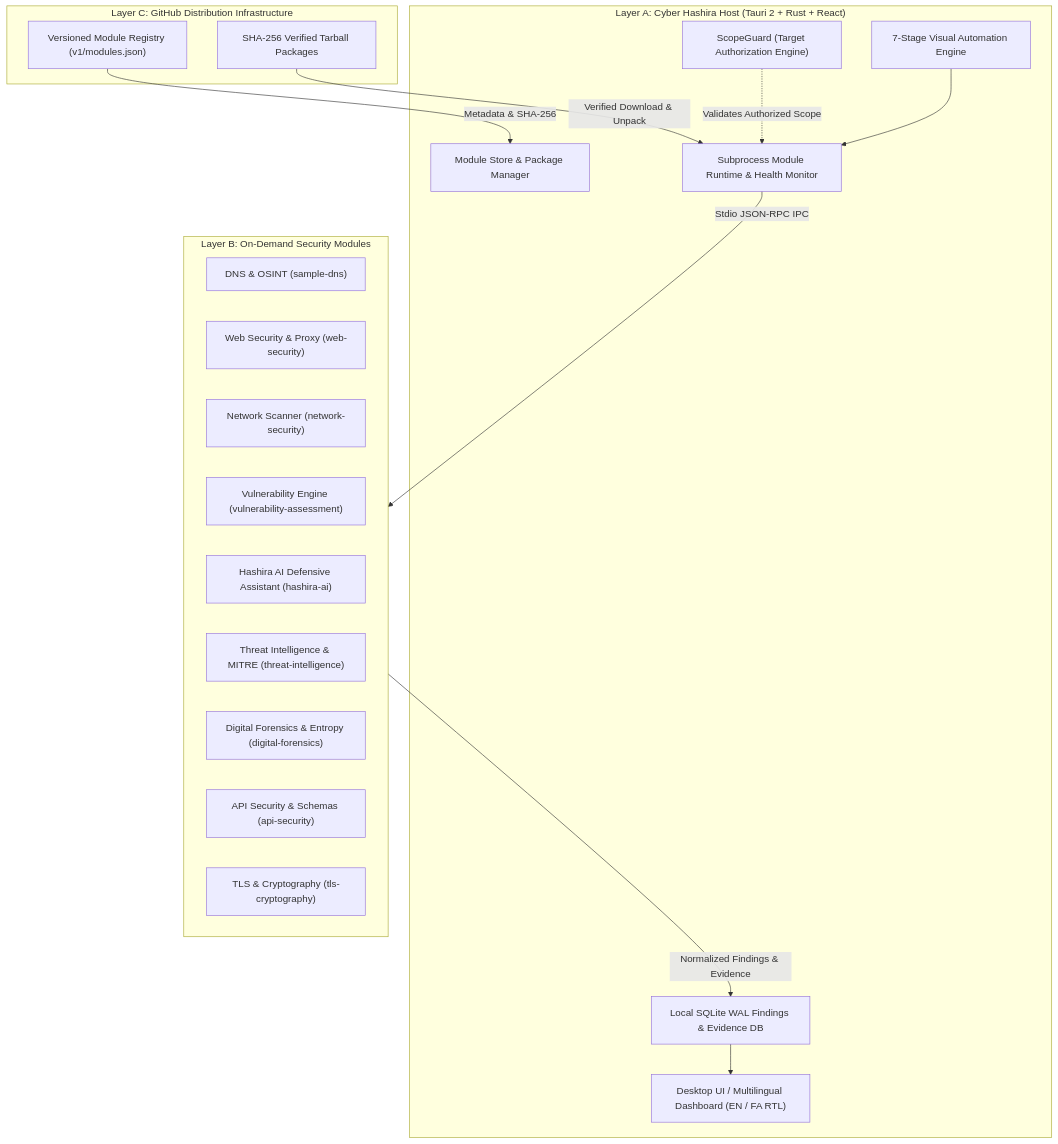
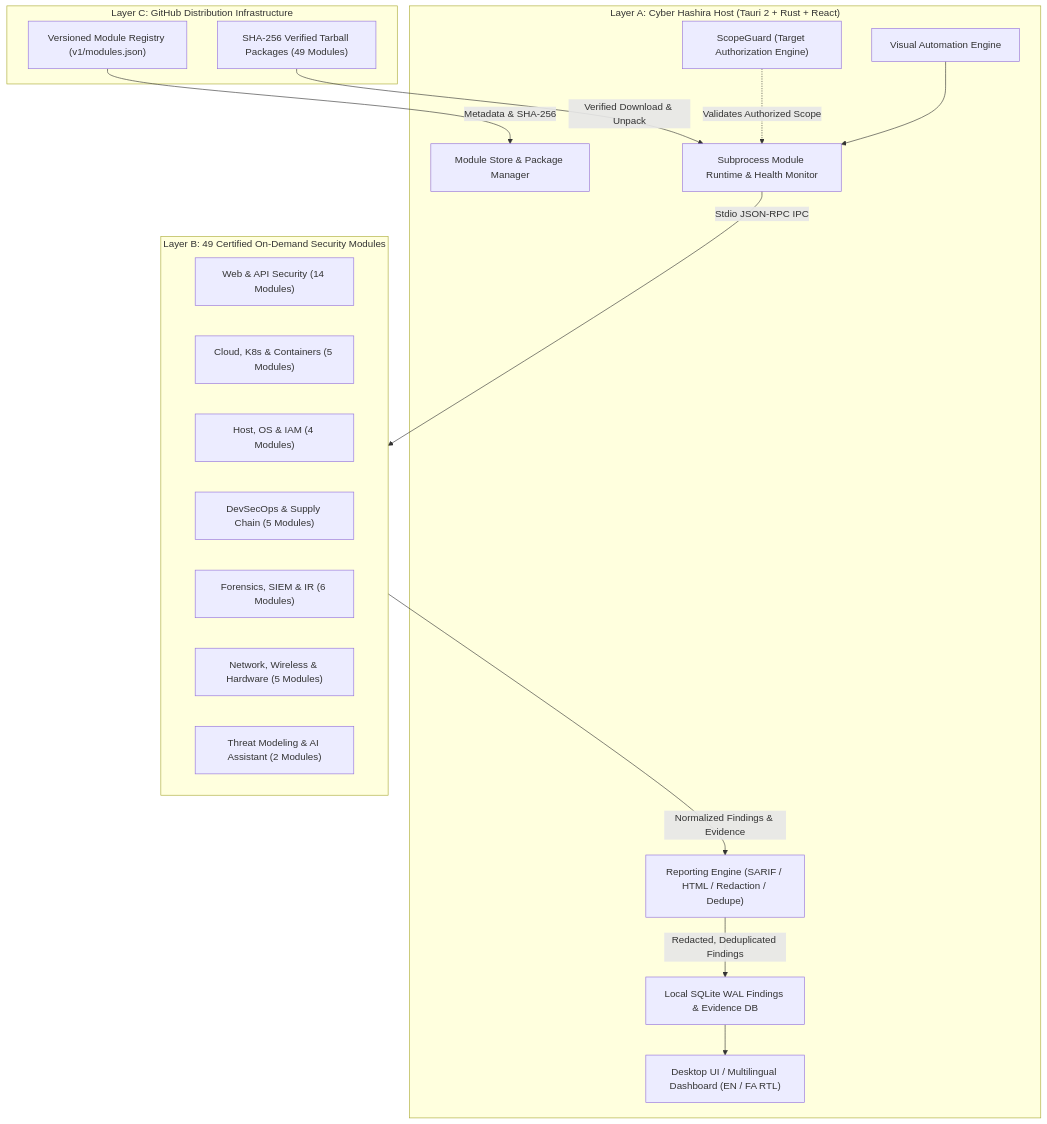
Before and after one commit to VoidStudioos/Cyber-Hashira: the diagram in README.md, drawn with Mermaid. The commit also changed other lines of this file, not shown here.

Commit message:
docs: comprehensively update README with 49 certified modules, reporting engine, and architecture

````diff
--- a/README.md
+++ b/README.md
@@ -38,36 +40,36 @@
 ```mermaid
 graph TD
     subgraph Host ["Layer A: Cyber Hashira Host (Tauri 2 + Rust + React)"]
         UI["Desktop UI / Multilingual Dashboard (EN / FA RTL)"]
         Scope["ScopeGuard (Target Authorization Engine)"]
         DB["Local SQLite WAL Findings & Evidence DB"]
         Store["Module Store & Package Manager"]
         Runtime["Subprocess Module Runtime & Health Monitor"]
-        Workflow["7-Stage Visual Automation Engine"]
+        ReportEng["Reporting Engine (SARIF / HTML / Redaction / Dedupe)"]
+        Workflow["Visual Automation Engine"]
     end
 
     subgraph Registry ["Layer C: GitHub Distribution Infrastructure"]
         Catalog["Versioned Module Registry (v1/modules.json)"]
-        Artifacts["SHA-256 Verified Tarball Packages"]
+        Artifacts["SHA-256 Verified Tarball Packages (49 Modules)"]
     end
 
-    subgraph Modules ["Layer B: On-Demand Security Modules"]
-        M1["DNS & OSINT (sample-dns)"]
-        M2["Web Security & Proxy (web-security)"]
-        M3["Network Scanner (network-security)"]
-        M4["Vulnerability Engine (vulnerability-assessment)"]
-        M5["Hashira AI Defensive Assistant (hashira-ai)"]
-        M6["Threat Intelligence & MITRE (threat-intelligence)"]
-        M7["Digital Forensics & Entropy (digital-forensics)"]
-        M8["API Security & Schemas (api-security)"]
-        M9["TLS & Cryptography (tls-cryptography)"]
+    subgraph Modules ["Layer B: 49 Certified On-Demand Security Modules"]
+        M1["Web & API Security (14 Modules)"]
+        M2["Cloud, K8s & Containers (5 Modules)"]
+        M3["Host, OS & IAM (4 Modules)"]
+        M4["DevSecOps & Supply Chain (5 Modules)"]
+        M5["Forensics, SIEM & IR (6 Modules)"]
+        M6["Network, Wireless & Hardware (5 Modules)"]
+        M7["Threat Modeling & AI Assistant (2 Modules)"]
     end
 
     Catalog -->|Metadata & SHA-256| Store
     Artifacts -->|Verified Download & Unpack| Runtime
     Runtime -->|Stdio JSON-RPC IPC| Modules
     Scope -.->|Validates Authorized Scope| Runtime
-    Modules -->|Normalized Findings & Evidence| DB
+    Modules -->|Normalized Findings & Evidence| ReportEng
+    ReportEng -->|Redacted, Deduplicated Findings| DB
     DB --> UI
     Workflow --> Runtime
 ```
````
